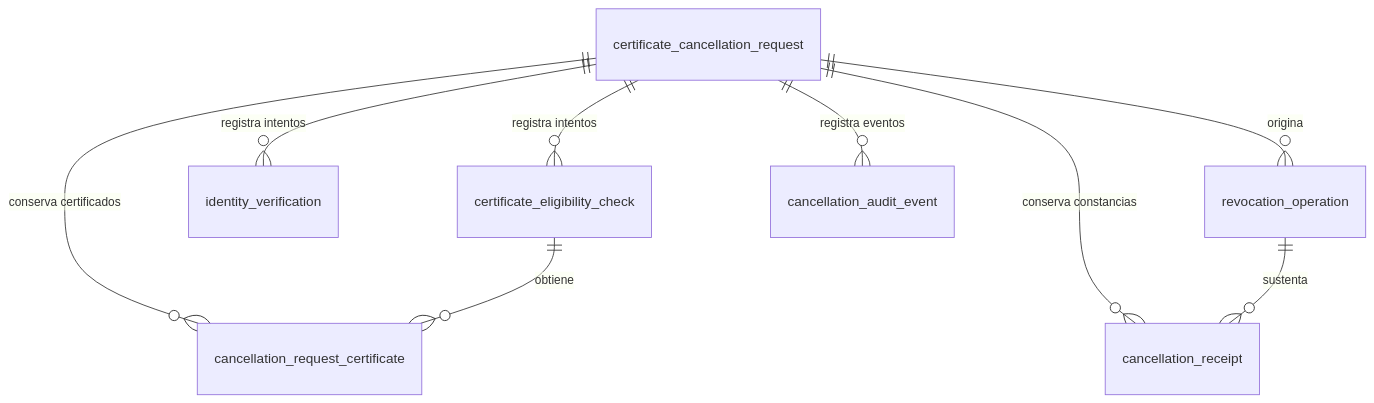
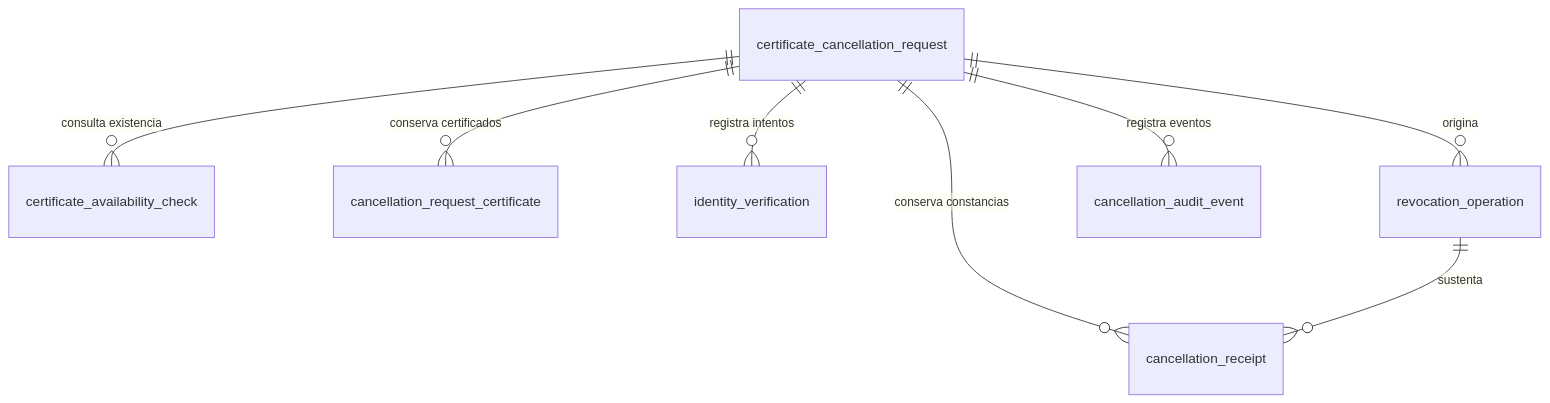
Before and after one commit to deyvisml/temp-reniec: the diagram in docs/data-model/README.md, drawn with Mermaid. The commit also changed other lines of this file and 62 other files, not shown here.

First line of the commit message:
Refactor citizen eligibility and backend integration specifications to clarify certificate availability and response handling

````diff
--- a/docs/data-model/README.md
+++ b/docs/data-model/README.md
@@ -9,11 +9,10 @@
 ```mermaid
 erDiagram
-    certificate_cancellation_request ||--o{ certificate_eligibility_check : "registra intentos"
+    certificate_cancellation_request ||--o{ certificate_availability_check : "consulta existencia"
     certificate_cancellation_request ||--o{ cancellation_request_certificate : "conserva certificados"
-    certificate_eligibility_check ||--o{ cancellation_request_certificate : "obtiene"
     certificate_cancellation_request ||--o{ identity_verification : "registra intentos"
     certificate_cancellation_request ||--o{ revocation_operation : "origina"
     certificate_cancellation_request ||--o{ cancellation_receipt : "conserva constancias"
     revocation_operation ||--o{ cancellation_receipt : "sustenta"
     certificate_cancellation_request ||--o{ cancellation_audit_event : "registra eventos"
 ```
````
